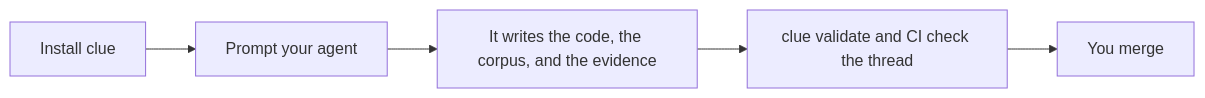
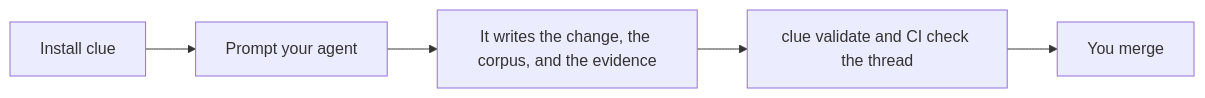
Before and after one commit to cliewen/cliewen: the second of 2 diagrams in guide/index.md, drawn with Mermaid. The commit also changed 3 other files, not shown here.

````diff
--- a/guide/index.md
+++ b/guide/index.md
@@ -47,7 +47,7 @@
 ```mermaid
 graph LR
   I["Install clue"] --> P["Prompt your agent"]
-  P --> A["It writes the code, the corpus, and the evidence"]
+  P --> A["It writes the change, the corpus, and the evidence"]
   A --> V["clue validate and CI check the thread"]
   V --> M["You merge"]
 ```
````
